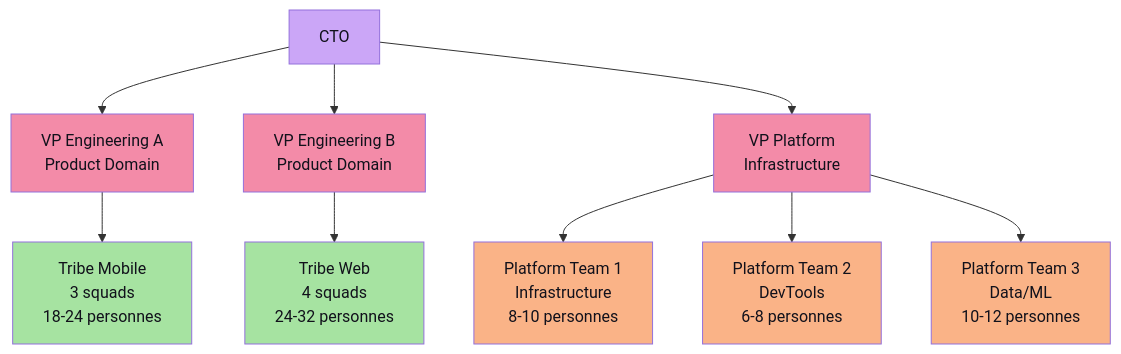
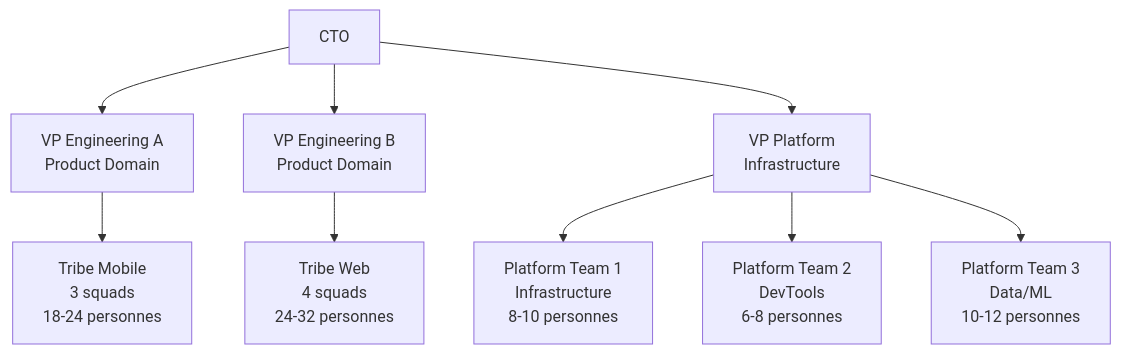
One commit to kdelfour/Ebook_To_be_Or_not_to_be_CTO changed the sixth of 6 diagrams in src/partie4/chapitre13.md. Above: the diagram before and after it, drawn with Mermaid. The commit also changed other lines of this file, not shown here.

Commit message:
:sparkle: Fix Mermaid style

````diff
--- a/src/partie4/chapitre13.md
+++ b/src/partie4/chapitre13.md
@@ -930,36 +900,26 @@
 ```mermaid
 graph TD
     CTO[CTO]
     
     VPA[VP Engineering A<br/>Product Domain]
     VPB[VP Engineering B<br/>Product Domain]
     VPP[VP Platform<br/>Infrastructure]
     
     TM[Tribe Mobile<br/>3 squads<br/>18-24 personnes]
     TW[Tribe Web<br/>4 squads<br/>24-32 personnes]
     
     PT1[Platform Team 1<br/>Infrastructure<br/>8-10 personnes]
     PT2[Platform Team 2<br/>DevTools<br/>6-8 personnes]
     PT3[Platform Team 3<br/>Data/ML<br/>10-12 personnes]
     
     CTO --> VPA
     CTO --> VPB
     CTO --> VPP
     
     VPA --> TM
     VPB --> TW
     
     VPP --> PT1
     VPP --> PT2
     VPP --> PT3
-    
-    style CTO fill:#cba6f7,color:#11111b
-    style VPA fill:#f38ba8,color:#11111b
-    style VPB fill:#f38ba8,color:#11111b
-    style VPP fill:#f38ba8,color:#11111b
-    style TM fill:#a6e3a1,color:#11111b
-    style TW fill:#a6e3a1,color:#11111b
-    style PT1 fill:#fab387,color:#11111b
-    style PT2 fill:#fab387,color:#11111b
-    style PT3 fill:#fab387,color:#11111b
 ```
````
